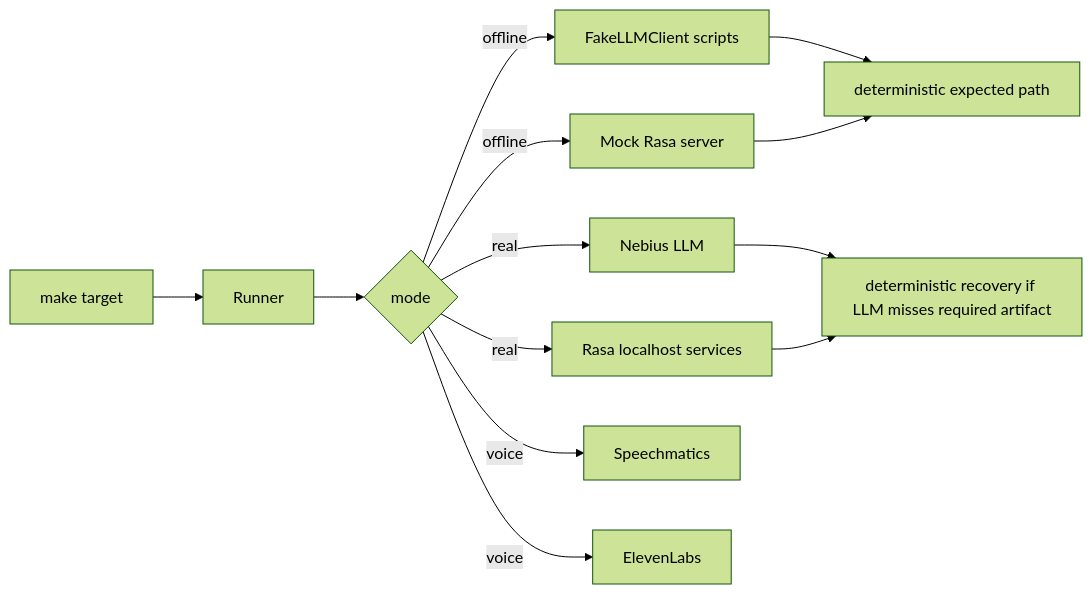
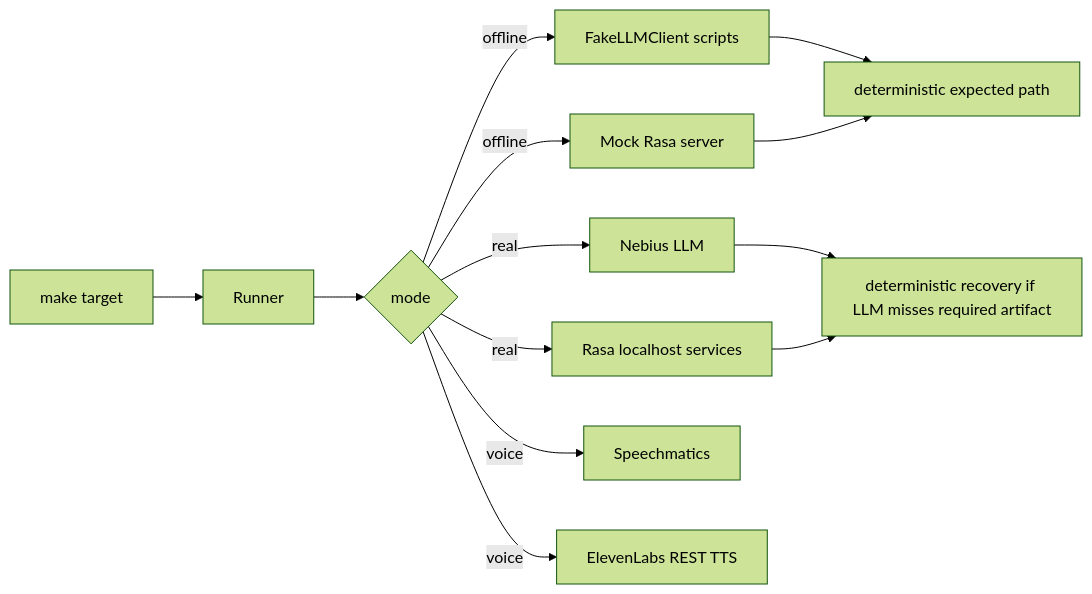
One commit to khab40/homework-pub-booking changed the fifth of 6 diagrams in docs/architecture/architectural-ideas.md. Above: the diagram before and after it, drawn with Mermaid (forest theme). The commit also changed other lines of this file and 121 other files, not shown here.

````diff
--- a/docs/architecture/architectural-ideas.md
+++ b/docs/architecture/architectural-ideas.md
@@ -102,17 +106,17 @@
 ```mermaid
 flowchart LR
     MakeTarget[make target] --> Runner
 
     Runner --> Mode{mode}
     Mode -->|offline| Fake[FakeLLMClient scripts]
     Mode -->|offline| Mock[Mock Rasa server]
     Mode -->|real| Nebius[Nebius LLM]
     Mode -->|real| Rasa[Rasa localhost services]
     Mode -->|voice| STT[Speechmatics]
-    Mode -->|voice| TTS[ElevenLabs]
+    Mode -->|voice| TTS[ElevenLabs REST TTS]
 
     Fake --> Deterministic[deterministic expected path]
     Mock --> Deterministic
     Nebius --> Recovery[deterministic recovery if LLM misses required artifact]
     Rasa --> Recovery
 ```
````
